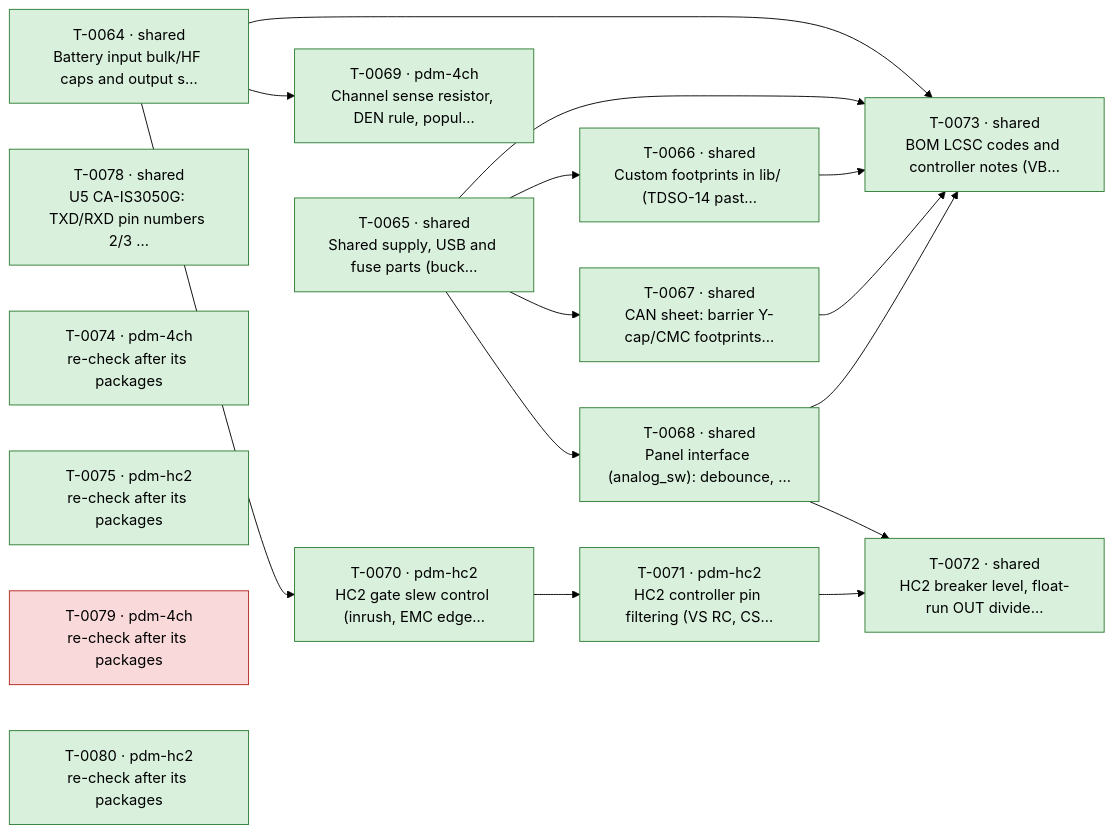
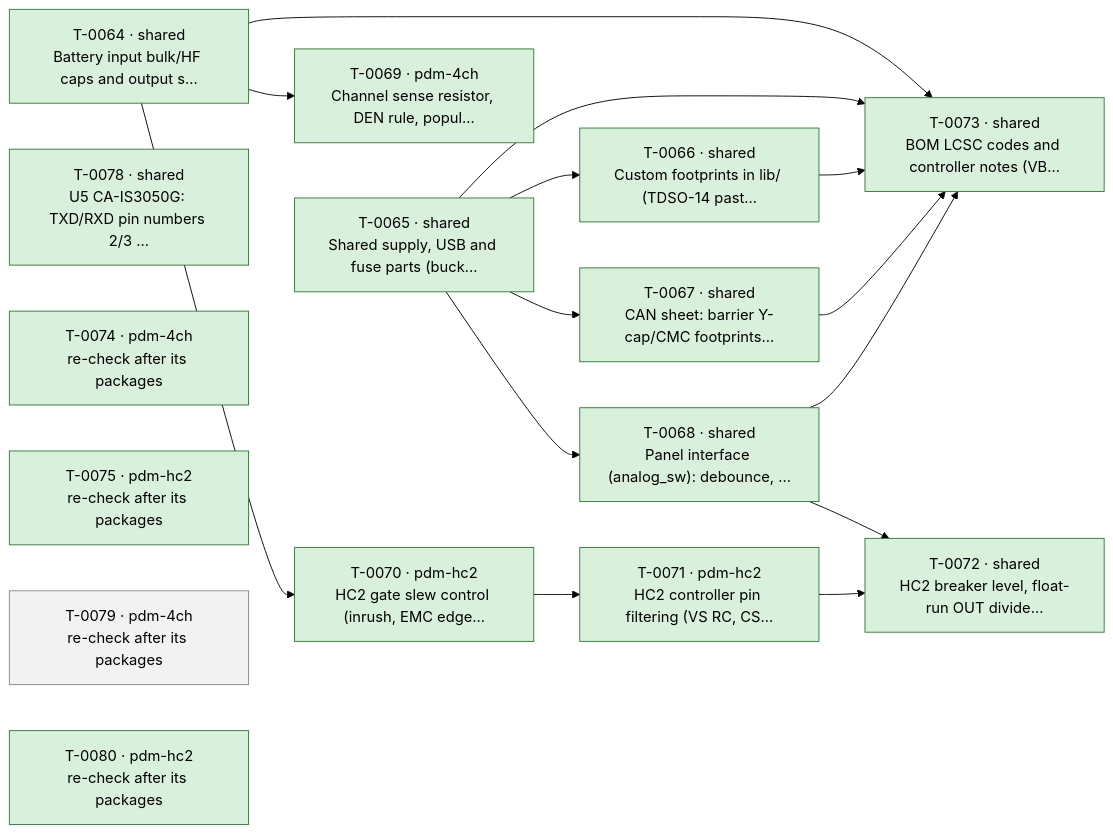
Before and after one commit to plektra/ESP32-PDM: the diagram in docs/ROADMAP.md, drawn with Mermaid (forest theme). The commit also changed other lines of this file, not shown here.

Commit message:
Auto: apply 0 owner answers

````diff
--- a/docs/ROADMAP.md
+++ b/docs/ROADMAP.md
@@ -18,35 +18,35 @@
 ```mermaid
 flowchart LR
   T0064["T-0064 · shared<br/>Battery input bulk/HF caps and output s…"]:::done
   T0065["T-0065 · shared<br/>Shared supply, USB and fuse parts (buck…"]:::done
   T0066["T-0066 · shared<br/>Custom footprints in lib/ (TDSO-14 past…"]:::done
   T0067["T-0067 · shared<br/>CAN sheet: barrier Y-cap/CMC footprints…"]:::done
   T0068["T-0068 · shared<br/>Panel interface (analog_sw): debounce, …"]:::done
   T0069["T-0069 · pdm-4ch<br/>Channel sense resistor, DEN rule, popul…"]:::done
   T0070["T-0070 · pdm-hc2<br/>HC2 gate slew control (inrush, EMC edge…"]:::done
   T0071["T-0071 · pdm-hc2<br/>HC2 controller pin filtering (VS RC, CS…"]:::done
   T0072["T-0072 · shared<br/>HC2 breaker level, float-run OUT divide…"]:::done
   T0073["T-0073 · shared<br/>BOM LCSC codes and controller notes (VB…"]:::done
   T0078["T-0078 · shared<br/>U5 CA-IS3050G: TXD/RXD pin numbers 2/3 …"]:::done
   T0074["T-0074 · pdm-4ch<br/>re-check after its packages"]:::done
   T0075["T-0075 · pdm-hc2<br/>re-check after its packages"]:::done
-  T0079["T-0079 · pdm-4ch<br/>re-check after its packages"]:::failed
+  T0079["T-0079 · pdm-4ch<br/>re-check after its packages"]:::ready
   T0080["T-0080 · pdm-hc2<br/>re-check after its packages"]:::done
   T0065 --> T0066
   T0065 --> T0067
   T0065 --> T0068
   T0064 --> T0069
   T0064 --> T0070
   T0070 --> T0071
   T0068 --> T0072
   T0071 --> T0072
   T0064 --> T0073
   T0065 --> T0073
   T0066 --> T0073
   T0067 --> T0073
   T0068 --> T0073
   classDef done fill:#d8f0dc,stroke:#2e7d32
   classDef running fill:#d6e6ff,stroke:#1f5fbf
   classDef ready fill:#f2f2f2,stroke:#888
   classDef failed fill:#f9d9d9,stroke:#b3261e
 ```
````
